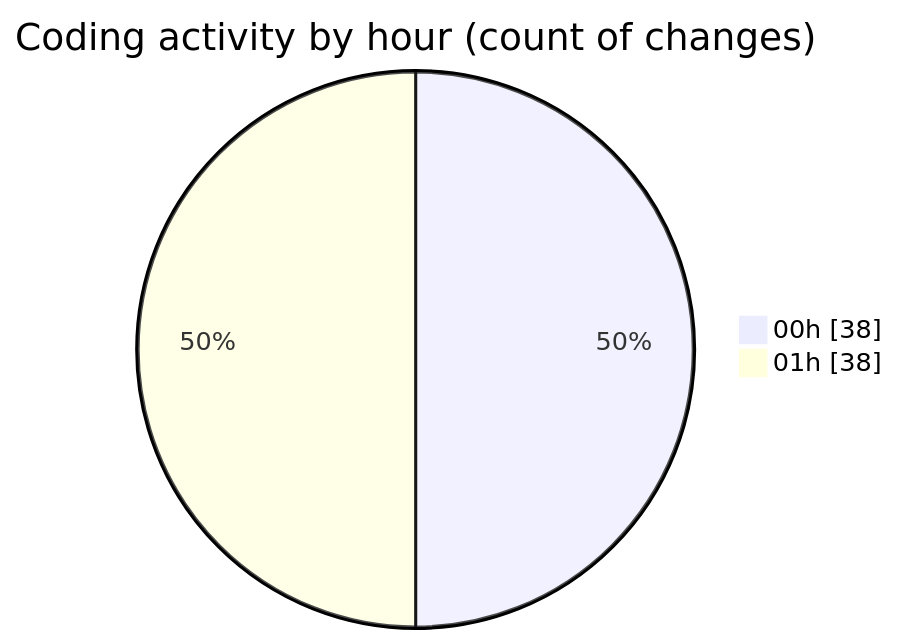
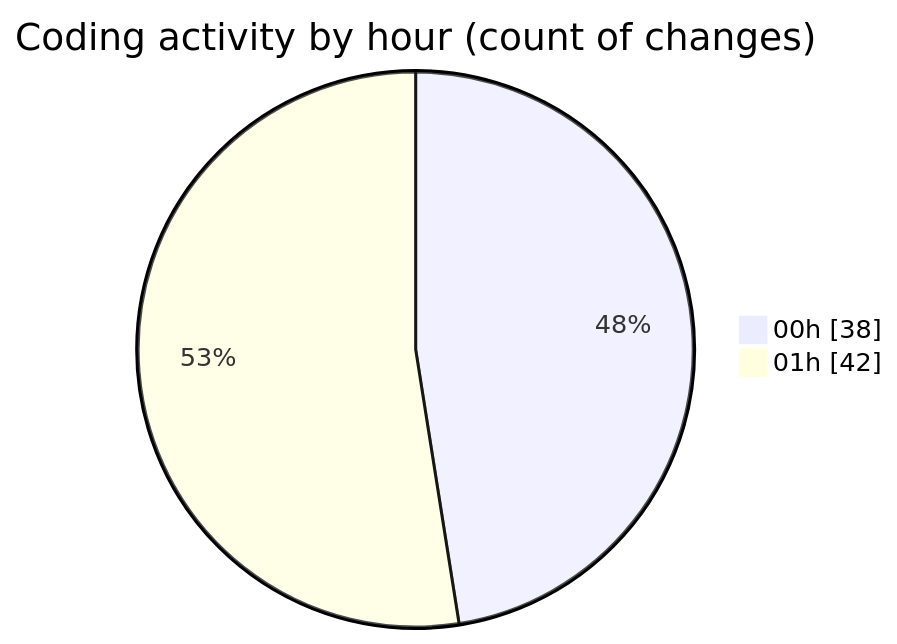
One commit to lephambinh05/code-tracking changed the second of 2 diagrams in 2025-07-27/quanlyrapchieuphim-1/README.md. Above: the diagram before and after it, drawn with Mermaid. The commit also changed other lines of this file and 1 other file, not shown here.

````diff
--- a/2025-07-27/quanlyrapchieuphim-1/README.md
+++ b/2025-07-27/quanlyrapchieuphim-1/README.md
@@ -52,6 +52,6 @@
 ```mermaid
 pie showData
 title Coding activity by hour (count of changes)
 "00h" : 38
-"01h" : 38
+"01h" : 42
 ```
````
